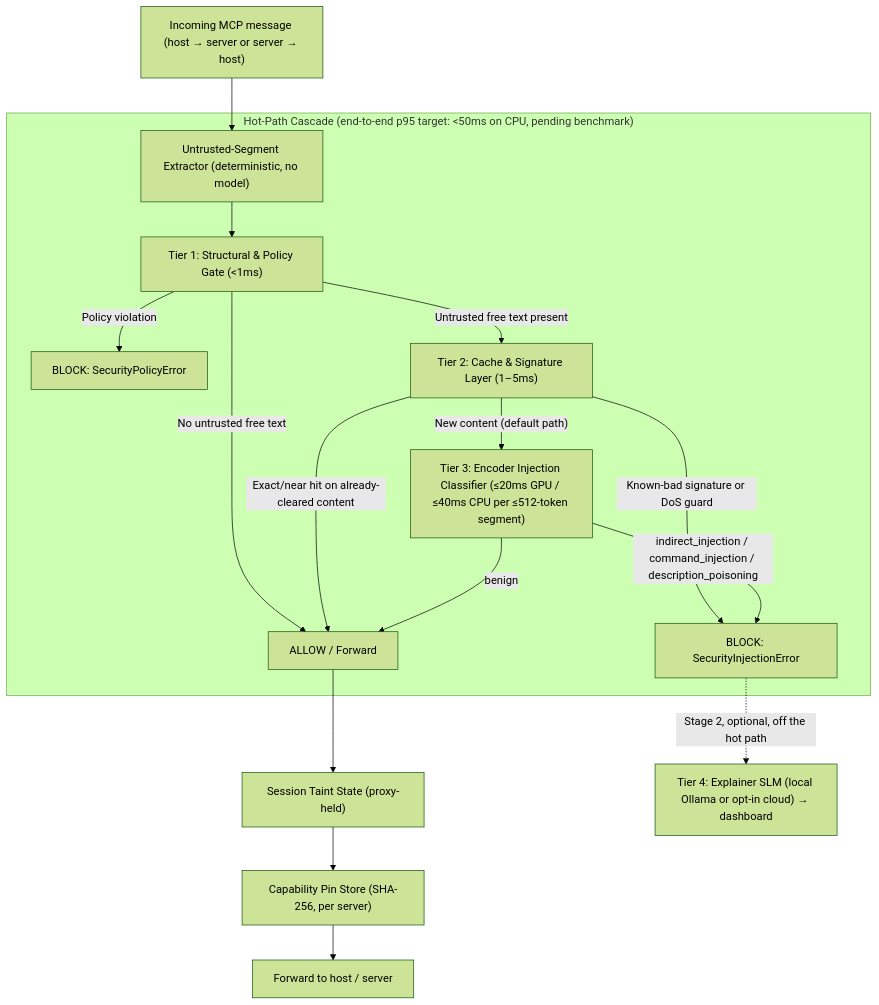
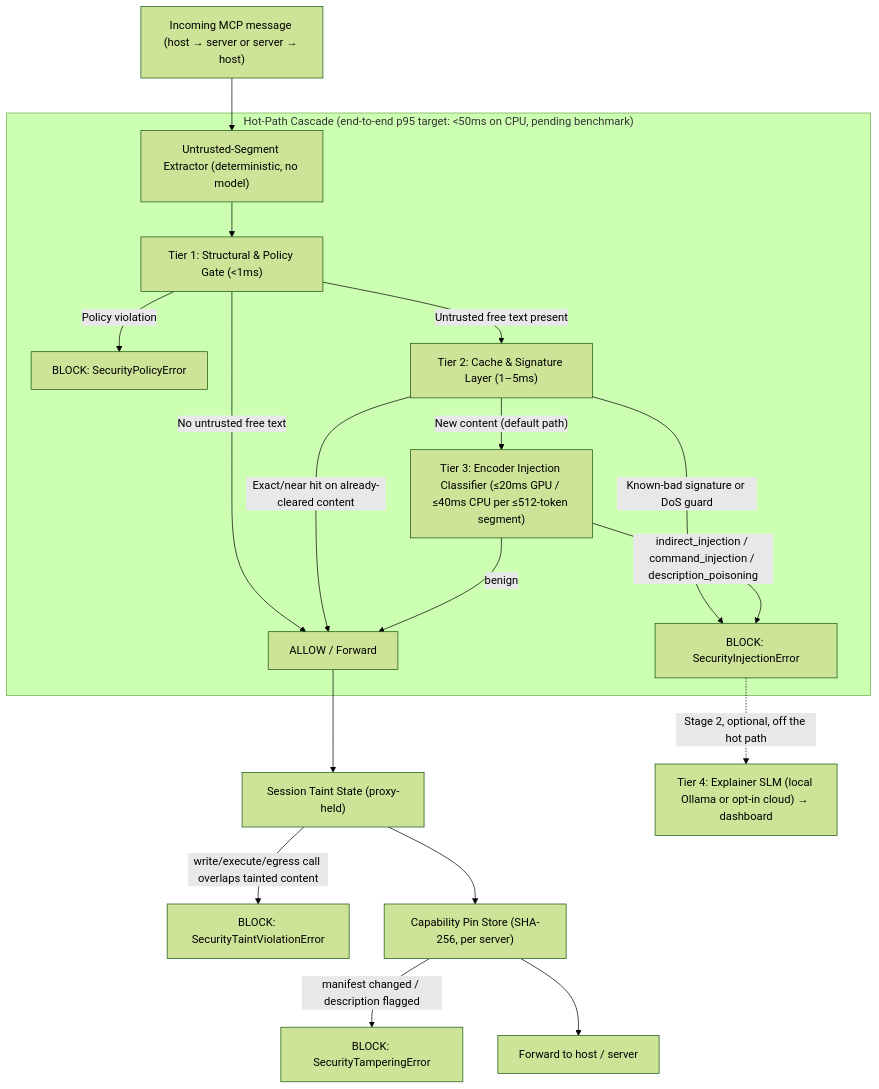
Before and after one commit to rishikeshvarma/MCP-Shield: the diagram in 02 - System Architecture & Technical Implementation.md, drawn with Mermaid (forest theme). The commit also changed other lines of this file and 8 other files, not shown here.

````diff
--- a/02 - System Architecture & Technical Implementation.md
+++ b/02 - System Architecture & Technical Implementation.md
@@ -69,21 +79,23 @@
 ```mermaid
 graph TD
     In["Incoming MCP message (host → server or server → host)"] --> Ext["Untrusted-Segment Extractor (deterministic, no model)"]
 
     subgraph Cascade["Hot-Path Cascade (end-to-end p95 target: <50ms on CPU, pending benchmark)"]
         Ext --> T1["Tier 1: Structural & Policy Gate (<1ms)"]
         T1 -->|"Policy violation"| Deny1["BLOCK: SecurityPolicyError"]
         T1 -->|"No untrusted free text"| Pass
         T1 -->|"Untrusted free text present"| T2["Tier 2: Cache & Signature Layer (1–5ms)"]
         T2 -->|"Exact/near hit on already-cleared content"| Pass["ALLOW / Forward"]
         T2 -->|"Known-bad signature or DoS guard"| Deny2["BLOCK: SecurityInjectionError"]
         T2 -->|"New content (default path)"| T3["Tier 3: Encoder Injection Classifier (≤20ms GPU / ≤40ms CPU per ≤512-token segment)"]
         T3 -->|"benign"| Pass
         T3 -->|"indirect_injection / command_injection / description_poisoning"| Deny2
     end
 
     Pass --> Taint["Session Taint State (proxy-held)"]
+    Taint -->|"write/execute/egress call overlaps tainted content"| Deny3["BLOCK: SecurityTaintViolationError"]
     Taint --> Pin["Capability Pin Store (SHA-256, per server)"]
+    Pin -->|"manifest changed / description flagged"| Deny4["BLOCK: SecurityTamperingError"]
     Pin --> Out["Forward to host / server"]
     Deny2 -.->|"Stage 2, optional, off the hot path"| T4["Tier 4: Explainer SLM (local Ollama or opt-in cloud) → dashboard"]
 ```
````
